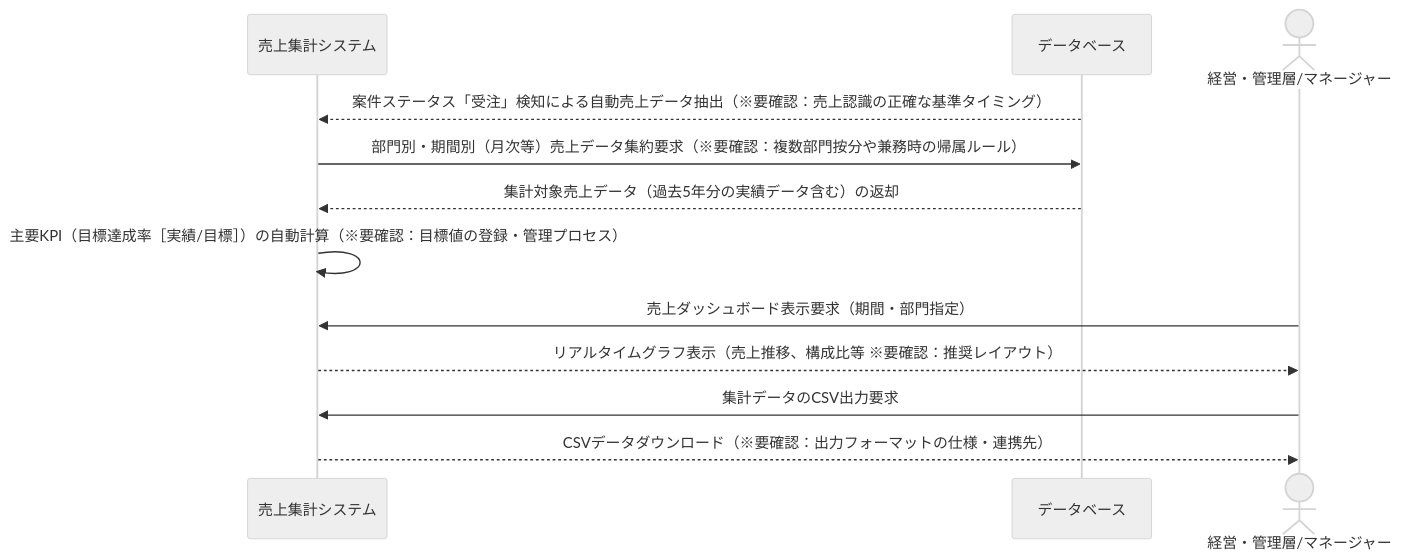
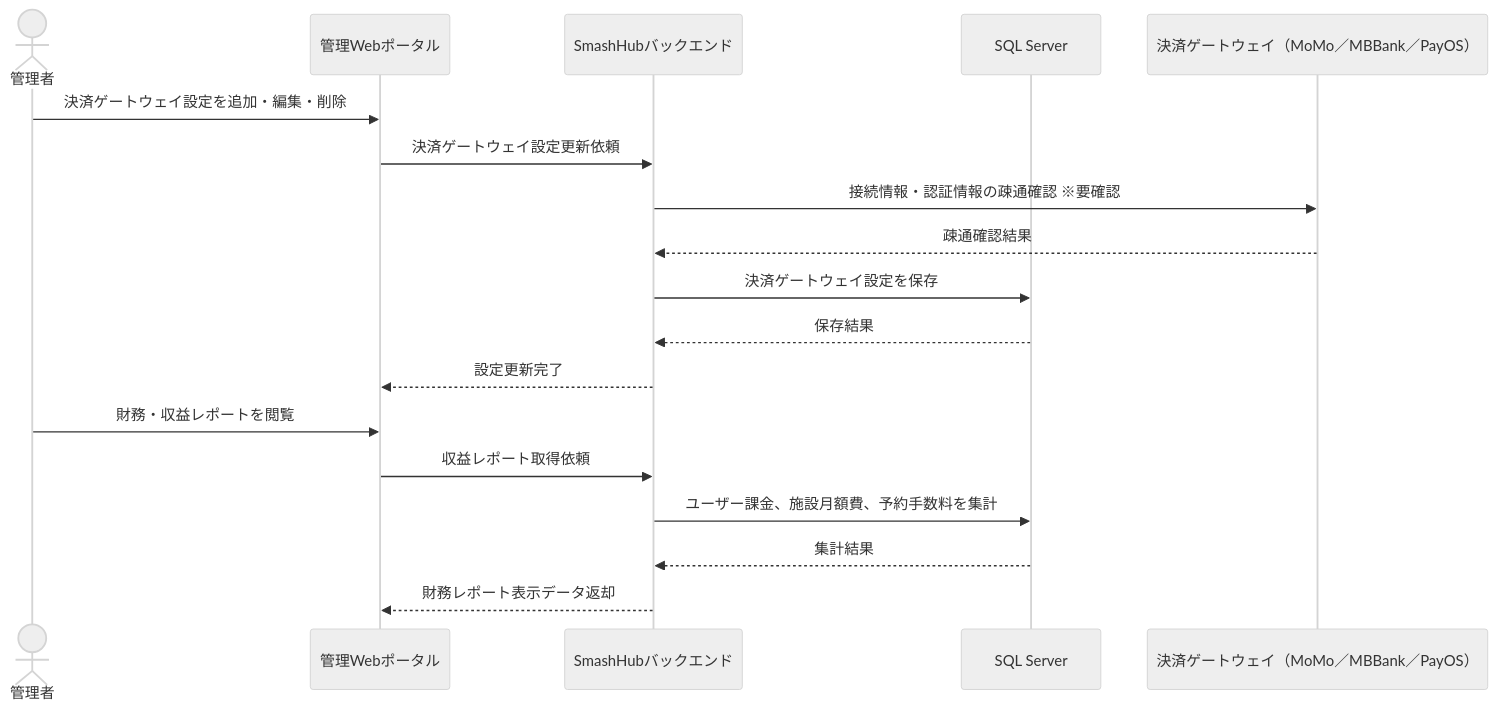
One commit to Huy19N/SmashHub changed diagram 14 of 14 in .gear/smashhub/business-flow.md. Above: the diagram before and after it, drawn with Mermaid (neutral theme). The commit also changed other lines of this file and 4 other files, not shown here.

````diff
--- a/.gear/smashhub/business-flow.md
+++ b/.gear/smashhub/business-flow.md
@@ -98,14 +634,20 @@
 ```mermaid
 sequenceDiagram
-    participant system as 売上集計システム
-    participant db as データベース
-    actor manager as 経営・管理層/マネージャー
-    db-->>system: 案件ステータス「受注」検知による自動売上データ抽出（※要確認：売上認識の正確な基準タイミング）
-    system->>db: 部門別・期間別（月次等）売上データ集約要求（※要確認：複数部門按分や兼務時の帰属ルール）
-    db-->>system: 集計対象売上データ（過去5年分の実績データ含む）の返却
-    system->>system: 主要KPI（目標達成率［実績/目標］）の自動計算（※要確認：目標値の登録・管理プロセス）
-    manager->>system: 売上ダッシュボード表示要求（期間・部門指定）
-    system-->>manager: リアルタイムグラフ表示（売上推移、構成比等 ※要確認：推奨レイアウト）
-    manager->>system: 集計データのCSV出力要求
-    system-->>manager: CSVデータダウンロード（※要確認：出力フォーマットの仕様・連携先）
+    actor admin as 管理者
+    participant admin_web as 管理Webポータル
+    participant backend as SmashHubバックエンド
+    participant db as SQL Server
+    participant payment_gateway as 決済ゲートウェイ（MoMo／MBBank／PayOS）
+    admin->>admin_web: 決済ゲートウェイ設定を追加・編集・削除
+    admin_web->>backend: 決済ゲートウェイ設定更新依頼
+    backend->>payment_gateway: 接続情報・認証情報の疎通確認 ※要確認
+    payment_gateway-->>backend: 疎通確認結果
+    backend->>db: 決済ゲートウェイ設定を保存
+    db-->>backend: 保存結果
+    backend-->>admin_web: 設定更新完了
+    admin->>admin_web: 財務・収益レポートを閲覧
+    admin_web->>backend: 収益レポート取得依頼
+    backend->>db: ユーザー課金、施設月額費、予約手数料を集計
+    db-->>backend: 集計結果
+    backend-->>admin_web: 財務レポート表示データ返却
 ```
````
